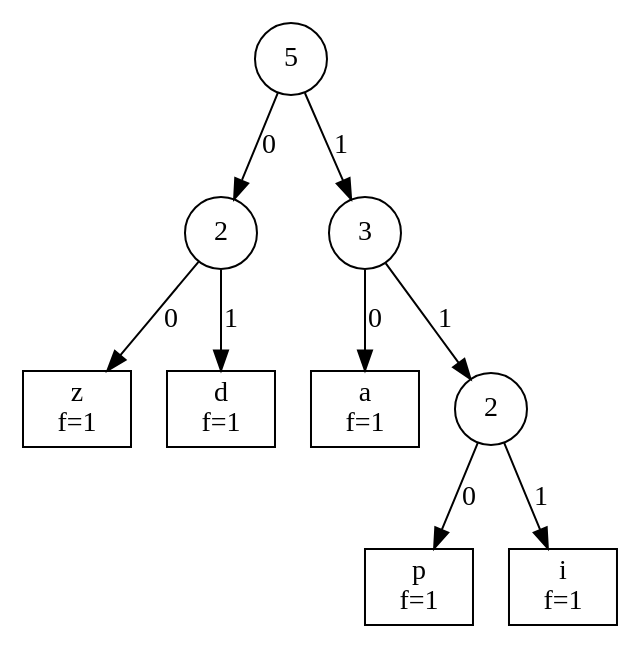
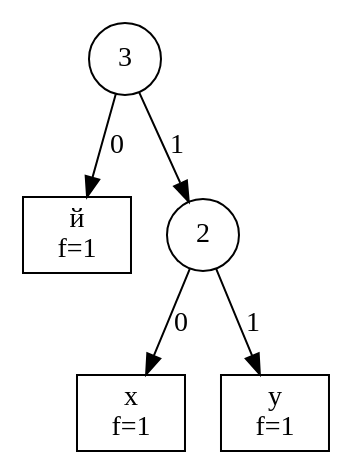
One commit to mishkacomeover/huffman changed the diagram in huffman_tree.dot. Above: the diagram before and after it, drawn with Graphviz. The commit also changed 3 other files, not shown here.

```diff
--- a/huffman_tree.dot
+++ b/huffman_tree.dot
@@ -1,21 +1,13 @@
 digraph HuffmanTree {
     node [fontname="Impact"];
 
-    node0 [shape=circle, label="5"];
-    node1 [shape=circle, label="2"];
-    node3 [shape=box, label="z\nf=1"];
-    node1 -> node3 [label="0"];
-    node4 [shape=box, label="d\nf=1"];
-    node1 -> node4 [label="1"];
+    node0 [shape=circle, label="3"];
+    node1 [shape=box, label="й\nf=1"];
     node0 -> node1 [label="0"];
-    node2 [shape=circle, label="3"];
-    node9 [shape=box, label="a\nf=1"];
-    node2 -> node9 [label="0"];
-    node10 [shape=circle, label="2"];
-    node13 [shape=box, label="p\nf=1"];
-    node10 -> node13 [label="0"];
-    node14 [shape=box, label="i\nf=1"];
-    node10 -> node14 [label="1"];
-    node2 -> node10 [label="1"];
+    node2 [shape=circle, label="2"];
+    node5 [shape=box, label="х\nf=1"];
+    node2 -> node5 [label="0"];
+    node6 [shape=box, label="у\nf=1"];
+    node2 -> node6 [label="1"];
     node0 -> node2 [label="1"];
 }
```
